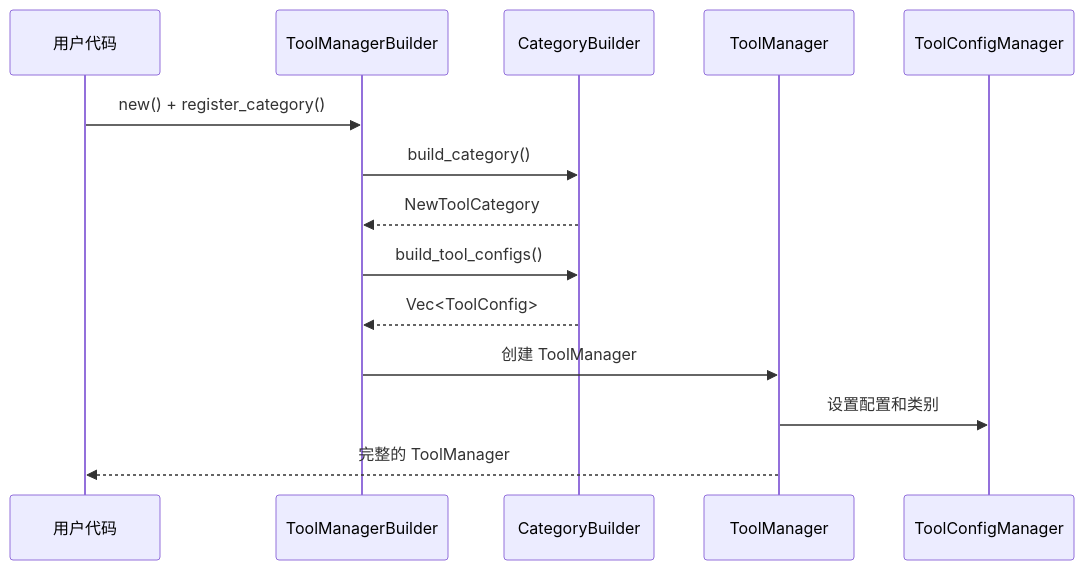
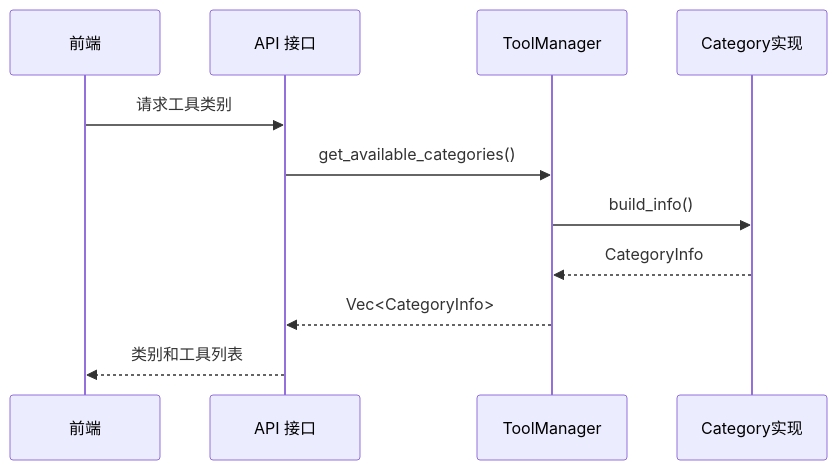
The second of 2 diagrams in src-tauri/src/tools/README.md (bigduu/copilot_client_app), drawn with Mermaid before and after one commit. The commit also changed other lines of this file and 46 other files, not shown here.

First line of the commit message:
Refactor tools architecture to category-based trait system

````diff
--- a/src-tauri/src/tools/README.md
+++ b/src-tauri/src/tools/README.md
@@ -77,17 +72,14 @@
 ```mermaid
 sequenceDiagram
-    participant User as 用户代码
-    participant TMB as ToolManagerBuilder
-    participant CB as CategoryBuilder
+    participant Frontend as 前端
+    participant API as API 接口
     participant TM as ToolManager
-    participant CM as ToolConfigManager
+    participant Cat as Category实现
     
-    User->>TMB: new() + register_category()
-    TMB->>CB: build_category()
-    CB-->>TMB: NewToolCategory
-    TMB->>CB: build_tool_configs()
-    CB-->>TMB: Vec<ToolConfig>
-    TMB->>TM: 创建 ToolManager
-    TM->>CM: 设置配置和类别
-    TM-->>User: 完整的 ToolManager
+    Frontend->>API: 请求工具类别
+    API->>TM: get_available_categories()
+    TM->>Cat: build_info()
+    Cat-->>TM: CategoryInfo
+    TM-->>API: Vec<CategoryInfo>
+    API-->>Frontend: 类别和工具列表
 ```
````
